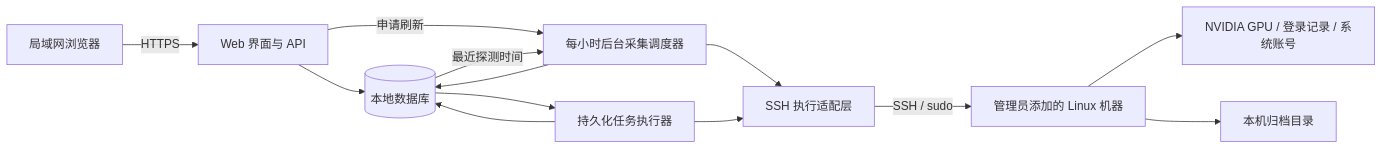
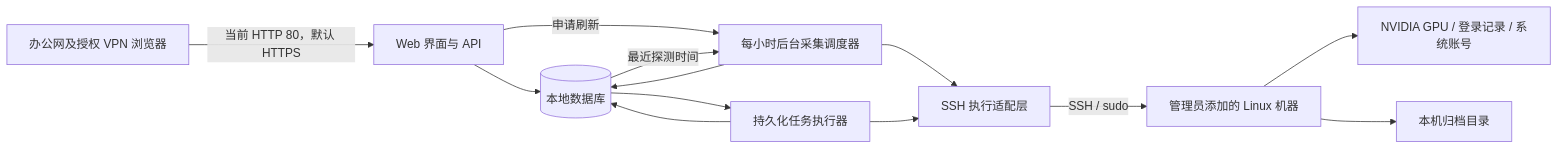
Before and after one commit to Trilives/compute-control: the diagram in ARCHITECTURE.md, drawn with Mermaid. The commit also changed other lines of this file and 25 other files, not shown here.

````diff
--- a/ARCHITECTURE.md
+++ b/ARCHITECTURE.md
@@ -50,15 +50,15 @@
 ```mermaid
 flowchart LR
-    U[局域网浏览器] -->|HTTPS| W[Web 界面与 API]
+    U[办公网及授权 VPN 浏览器] -->|当前 HTTP 80，默认 HTTPS| W[Web 界面与 API]
     W --> D[(本地数据库)]
     W -->|申请刷新| C[每小时后台采集调度器]
     D -->|最近探测时间| C
     D --> J[持久化任务执行器]
     C --> X[SSH 执行适配层]
     J --> X
     X -->|SSH / sudo| M[管理员添加的 Linux 机器]
     M --> G[NVIDIA GPU / 登录记录 / 系统账号]
     M --> A[本机归档目录]
     C --> D
     J --> D
 ```
````
